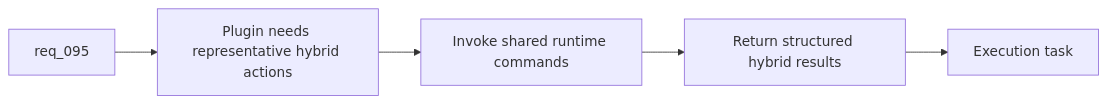
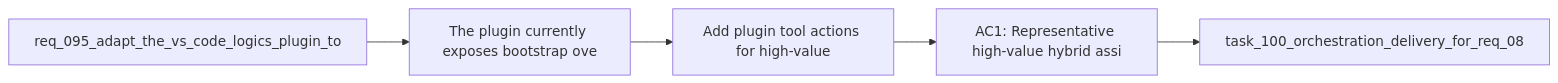
The diagram in logics/backlog/item_156_add_plugin_tool_actions_for_high_value_hybrid_assist_flows_through_shared_runtime_commands.md (AlexAgo83/logics-manager), drawn with Mermaid before and after one commit. The commit also changed 481 other files, not shown here.

````diff
--- a/logics/backlog/item_156_add_plugin_tool_actions_for_high_value_hybrid_assist_flows_through_shared_runtime_commands.md
+++ b/logics/backlog/item_156_add_plugin_tool_actions_for_high_value_hybrid_assist_flows_through_shared_runtime_commands.md
@@ -28,9 +28,9 @@
 ```mermaid
 %% logics-kind: backlog
 %% logics-signature: backlog|add-plugin-tool-actions-for-high-value-h|req-095-adapt-the-vs-code-logics-plugin-|the-plugin-currently-exposes-bootstrap-o|ac1-representative-high-value-hybrid-ass
 flowchart LR
-    Request[req_095] --> Problem[Plugin needs representative hybrid actions]
-    Problem --> Commands[Invoke shared runtime commands]
-    Commands --> Results[Return structured hybrid results]
-    Results --> Done[Execution task]
+    Request[req_095_adapt_the_vs_code_logics_plugin_to] --> Problem[The plugin currently exposes bootstrap ove]
+    Problem --> Scope[Add plugin tool actions for high-value]
+    Scope --> Acceptance[AC1: Representative high-value hybrid assi]
+    Acceptance --> Tasks[task_100_orchestration_delivery_for_req_08]
 ```
````
